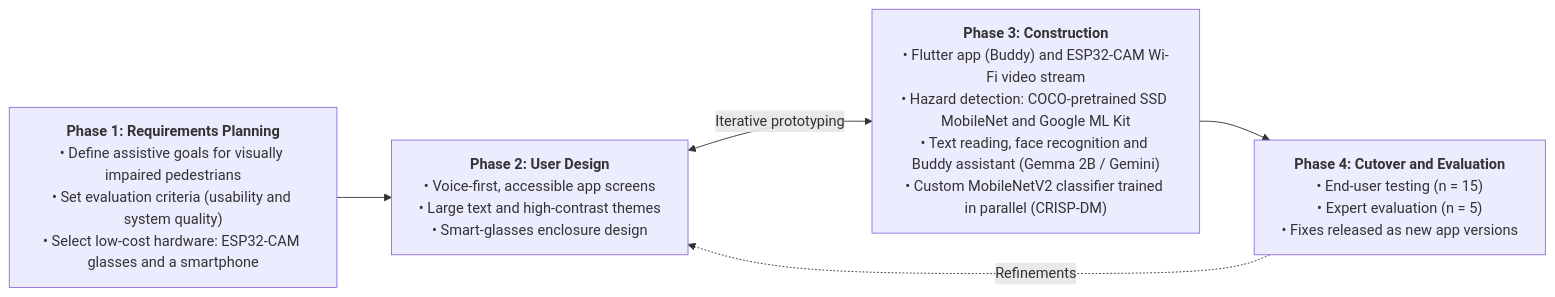
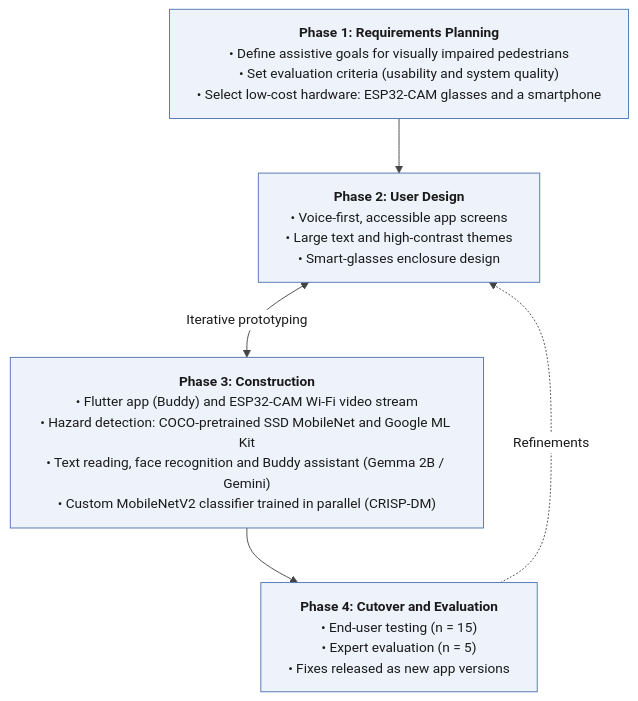
One commit to ciellamher/easylens changed the first of 2 diagrams in docs/figures/04_chapter_3_rad_and_user_journey.md. Above: the diagram before and after it, drawn with Mermaid. The commit also changed other lines of this file and 10 other files, not shown here.

Commit message:
docs(figures): restyle Chapter 3 diagrams to match the appendix figures

````diff
--- a/docs/figures/04_chapter_3_rad_and_user_journey.md
+++ b/docs/figures/04_chapter_3_rad_and_user_journey.md
@@ -55,16 +55,16 @@
 ```mermaid
-%%{init: {"flowchart": {"wrappingWidth": 300, "nodeSpacing": 45, "rankSpacing": 60}}}%%
-flowchart LR
+%%{init: {"theme": "base", "themeVariables": {"primaryColor": "#EEF3FB", "primaryBorderColor": "#4C72B0", "primaryTextColor": "#1A1A1A", "secondaryColor": "#FFF6E5", "tertiaryColor": "#F7F7F7", "lineColor": "#444444", "fontFamily": "arial, sans-serif", "fontSize": "15px", "edgeLabelBackground": "#FFFFFF", "clusterBkg": "#F7F7F7", "clusterBorder": "#9A9A9A", "actorBkg": "#EEF3FB", "actorBorder": "#4C72B0", "actorTextColor": "#1A1A1A", "actorLineColor": "#9A9A9A", "signalColor": "#333333", "signalTextColor": "#1A1A1A", "noteBkgColor": "#F2F2F2", "noteBorderColor": "#9A9A9A", "labelBoxBkgColor": "#F2F2F2", "labelBoxBorderColor": "#9A9A9A", "loopTextColor": "#1A1A1A", "activationBkgColor": "#EEF3FB"}, "flowchart": {"wrappingWidth": 460, "nodeSpacing": 45, "rankSpacing": 60}, "fontFamily": "arial, sans-serif"}}%%
+flowchart TB
     P1["<b>Phase 1: Requirements Planning</b><br/>• Define assistive goals for visually impaired pedestrians<br/>• Set evaluation criteria (usability and system quality)<br/>• Select low-cost hardware: ESP32-CAM glasses and a smartphone"]
 
     P2["<b>Phase 2: User Design</b><br/>• Voice-first, accessible app screens<br/>• Large text and high-contrast themes<br/>• Smart-glasses enclosure design"]
 
     P3["<b>Phase 3: Construction</b><br/>• Flutter app (Buddy) and ESP32-CAM Wi-Fi video stream<br/>• Hazard detection: COCO-pretrained SSD MobileNet and Google ML Kit<br/>• Text reading, face recognition and Buddy assistant (Gemma 2B / Gemini)<br/>• Custom MobileNetV2 classifier trained in parallel (CRISP-DM)"]
 
     P4["<b>Phase 4: Cutover and Evaluation</b><br/>• End-user testing (n = 15)<br/>• Expert evaluation (n = 5)<br/>• Fixes released as new app versions"]
 
     P1 --> P2
     P2 <-->|Iterative prototyping| P3
     P3 --> P4
     P4 -.->|Refinements| P2
 ```
````
